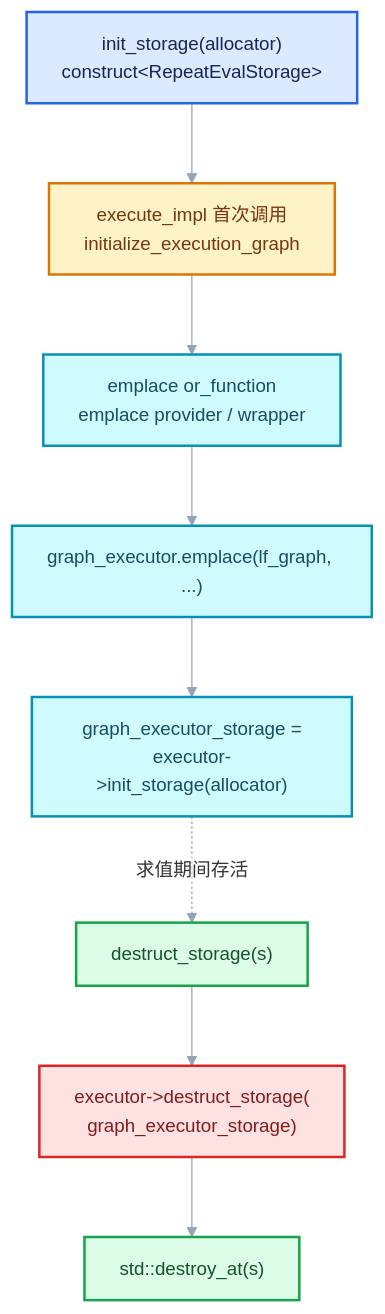
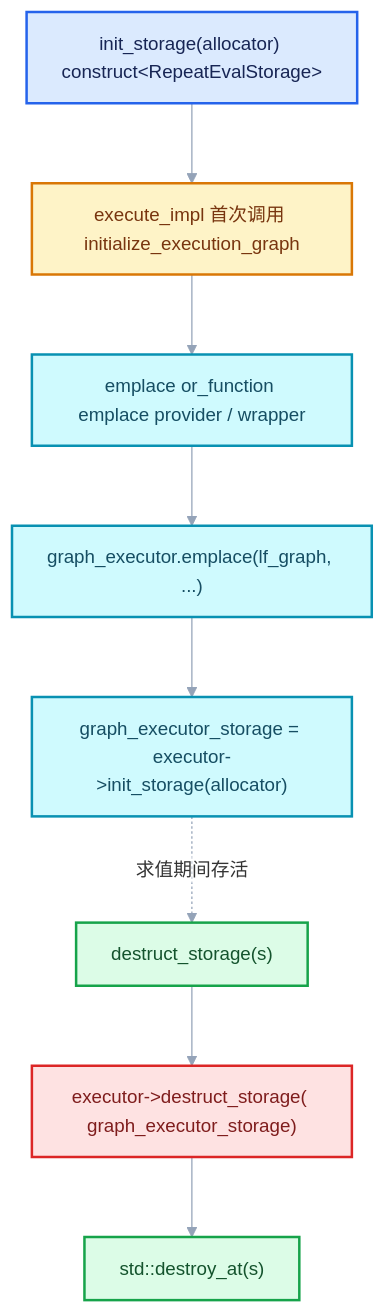
Before and after one commit to yunkezengren/blender-.vscode: the second of 7 diagrams in 杂/markdown/重复区域-dsh/90-实现依赖专题/README.md, drawn with Mermaid. The commit also changed other lines of this file and 27 other files, not shown here.

````diff
--- a/杂/markdown/重复区域-dsh/90-实现依赖专题/README.md
+++ b/杂/markdown/重复区域-dsh/90-实现依赖专题/README.md
@@ -410,21 +384,21 @@
 ```mermaid
 %%{init: {"theme":"base","themeVariables":{"fontFamily":"\"Segoe UI\",\"Microsoft YaHei\",sans-serif","fontSize":"15px","lineColor":"#94A3B8","edgeLabelBackground":"#FFFFFF","clusterBkg":"#F8FAFC","clusterBorder":"#CBD5E1"},"flowchart":{"htmlLabels":false,"curve":"basis","nodeSpacing":52,"rankSpacing":64,"padding":14,"diagramPadding":16,"useMaxWidth":true},"sequence":{"useMaxWidth":true,"wrap":true,"mirrorActors":false,"messageMargin":36}}}%%
 flowchart TB
-    A["init_storage(allocator)<br/>construct&lt;RepeatEvalStorage&gt;"]:::input
-    B["execute_impl 首次调用<br/>initialize_execution_graph"]:::compute
-    C["emplace or_function<br/>emplace provider / wrapper"]:::data
+    A["init_storage(allocator) construct&lt;RepeatEvalStorage&gt;"]:::input
+    B["execute_impl 首次调用 initialize_execution_graph"]:::compute
+    C["emplace or_function emplace provider / wrapper"]:::data
     D["graph_executor.emplace(lf_graph, ...)"]:::data
-    E["graph_executor_storage =<br/>executor->init_storage(allocator)"]:::data
+    E["graph_executor_storage = executor->init_storage(allocator)"]:::data
     F["destruct_storage(s)"]:::result
-    G["executor->destruct_storage(<br/>graph_executor_storage)"]:::error
+    G["executor->destruct_storage( graph_executor_storage)"]:::error
     H["std::destroy_at(s)"]:::result
     A --> B --> C --> D --> E
     E -.->|"求值期间存活"| F
     F --> G --> H
     classDef input fill:#DBEAFE,stroke:#2563EB,color:#172554,stroke-width:2px;
     classDef data fill:#CFFAFE,stroke:#0891B2,color:#164E63,stroke-width:2px;
     classDef abstraction fill:#EDE9FE,stroke:#7C3AED,color:#3B0764,stroke-width:2px;
     classDef compute fill:#FEF3C7,stroke:#D97706,color:#78350F,stroke-width:2px;
     classDef result fill:#DCFCE7,stroke:#16A34A,color:#14532D,stroke-width:2px;
     classDef error fill:#FEE2E2,stroke:#DC2626,color:#7F1D1D,stroke-width:2px;
 ```
````
